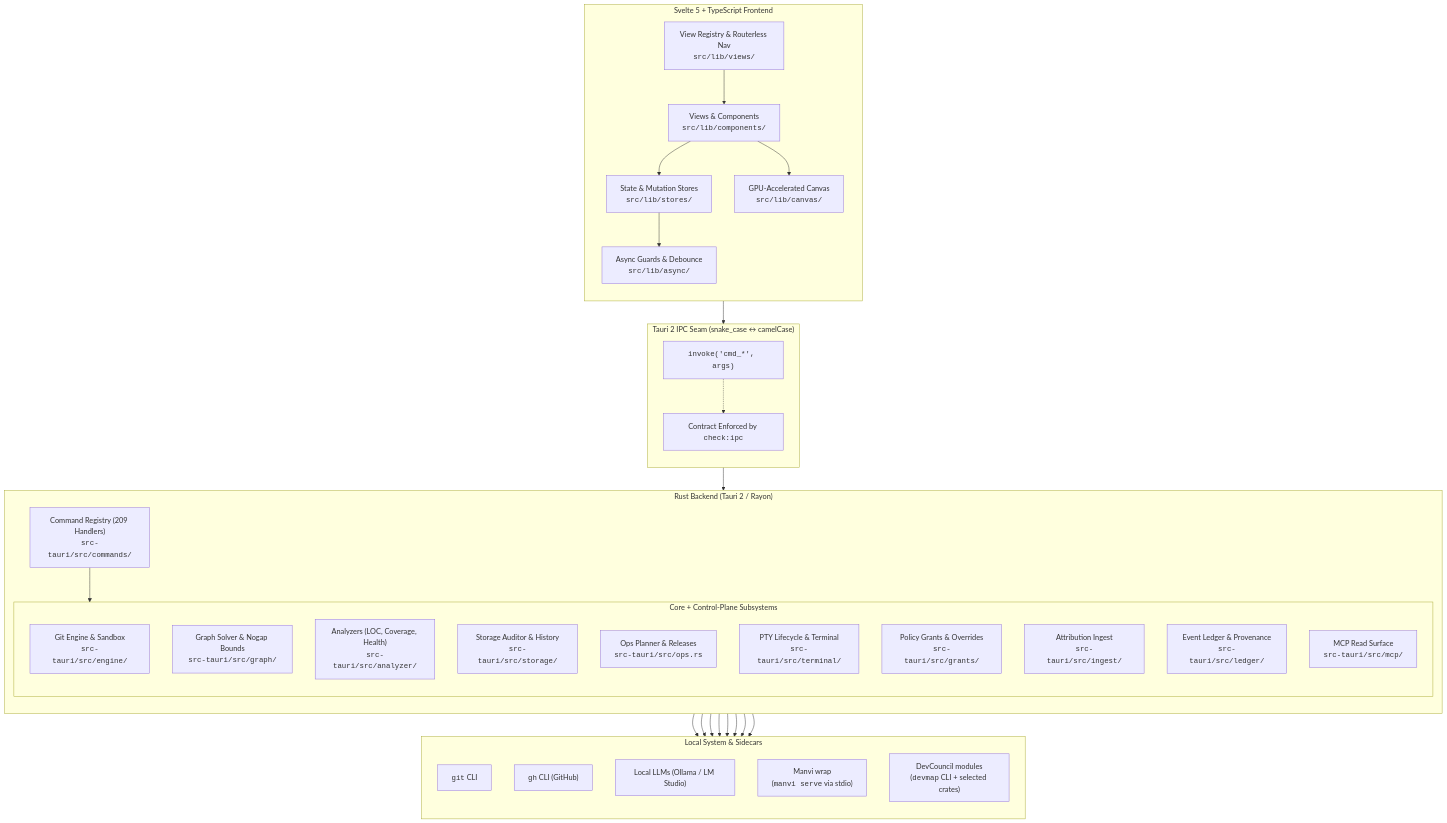
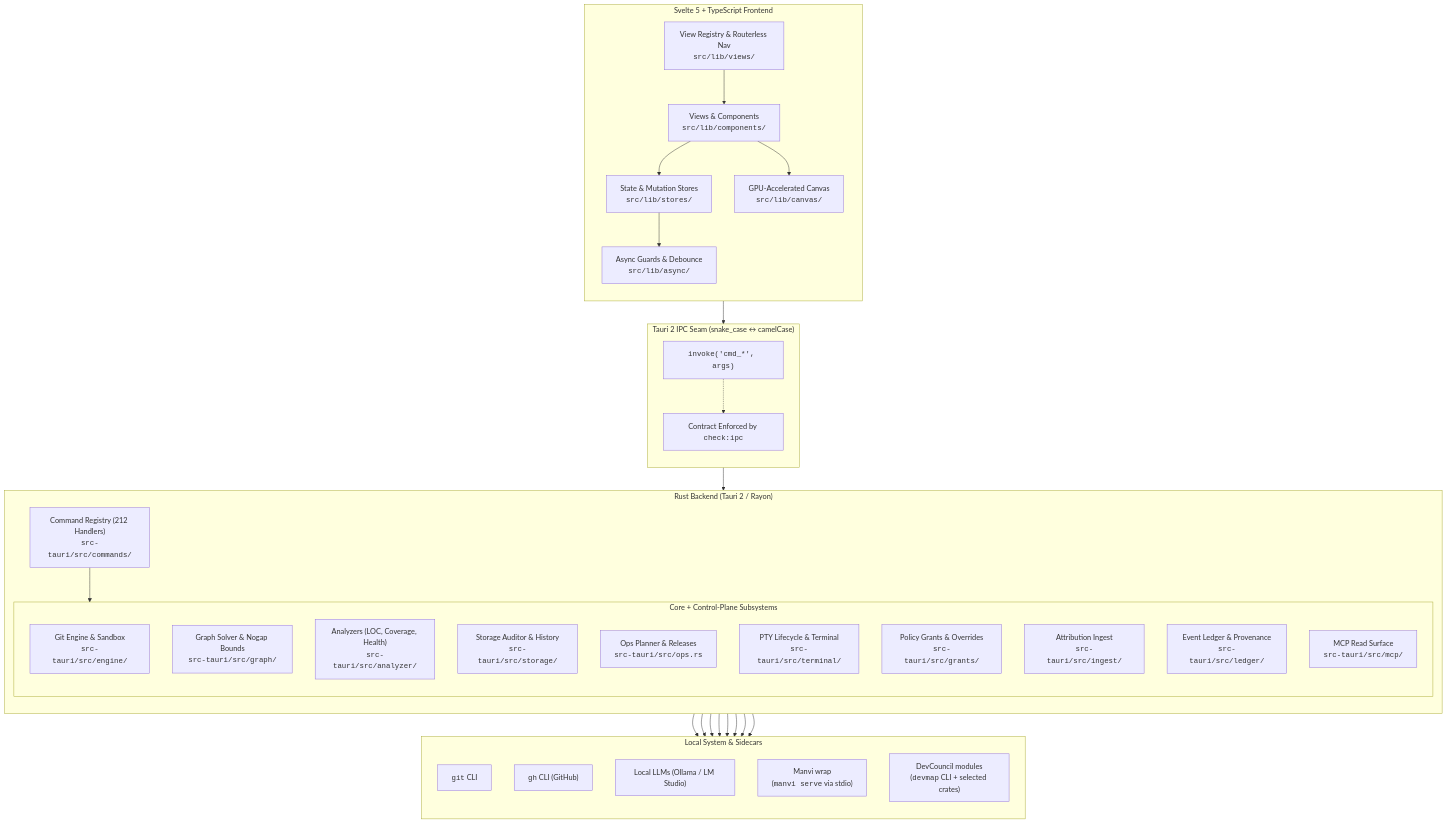
The first of 4 diagrams in docs/ARCHITECTURE.md (bharathvbcr/GitPulse), drawn with Mermaid before and after one commit. The commit also changed other lines of this file and 91 other files, not shown here.

````diff
--- a/docs/ARCHITECTURE.md
+++ b/docs/ARCHITECTURE.md
@@ -13,63 +13,63 @@
 ```mermaid
 flowchart TB
     subgraph Frontend["Svelte 5 + TypeScript Frontend"]
         direction TB
         UI["Views & Components<br/><code>src/lib/components/</code>"]
         Stores["State & Mutation Stores<br/><code>src/lib/stores/</code>"]
         Registry["View Registry & Routerless Nav<br/><code>src/lib/views/</code>"]
         Canvas["GPU-Accelerated Canvas<br/><code>src/lib/canvas/</code>"]
         Async["Async Guards & Debounce<br/><code>src/lib/async/</code>"]
         
         UI --> Stores
         UI --> Canvas
         Stores --> Async
         Registry --> UI
     end
 
     subgraph IPC["Tauri 2 IPC Seam (snake_case ↔ camelCase)"]
         direction TB
         Invoke["<code>invoke('cmd_*', args)</code>"]
         ContractCheck["Contract Enforced by <code>check:ipc</code>"]
         Invoke -.-> ContractCheck
     end
 
     subgraph Backend["Rust Backend (Tauri 2 / Rayon)"]
         direction TB
-        CmdRegistry["Command Registry (209 Handlers)<br/><code>src-tauri/src/commands/</code>"]
+        CmdRegistry["Command Registry (212 Handlers)<br/><code>src-tauri/src/commands/</code>"]
         
         subgraph Subsystems["Core + Control-Plane Subsystems"]
             GitEngine["Git Engine & Sandbox<br/><code>src-tauri/src/engine/</code>"]
             GraphSolver["Graph Solver & Nogap Bounds<br/><code>src-tauri/src/graph/</code>"]
             Analyzers["Analyzers (LOC, Coverage, Health)<br/><code>src-tauri/src/analyzer/</code>"]
             StorageAuditor["Storage Auditor & History<br/><code>src-tauri/src/storage/</code>"]
             OpsPlanner["Ops Planner & Releases<br/><code>src-tauri/src/ops.rs</code>"]
             PtyTerminal["PTY Lifecycle & Terminal<br/><code>src-tauri/src/terminal/</code>"]
             Grants["Policy Grants & Overrides<br/><code>src-tauri/src/grants/</code>"]
             Ingest["Attribution Ingest<br/><code>src-tauri/src/ingest/</code>"]
             Ledger["Event Ledger & Provenance<br/><code>src-tauri/src/ledger/</code>"]
             MCP["MCP Read Surface<br/><code>src-tauri/src/mcp/</code>"]
         end
         
         CmdRegistry --> Subsystems
     end
 
     subgraph External["Local System & Sidecars"]
         direction TB
         LocalGit["<code>git</code> CLI"]
         LocalGh["<code>gh</code> CLI (GitHub)"]
         LocalLLM["Local LLMs (Ollama / LM Studio)"]
         ManviSidecar["Manvi wrap<br/>(<code>manvi serve</code> via stdio)"]
         DevCouncilMods["DevCouncil modules<br/>(<code>devmap</code> CLI + selected crates)"]
     end
 
     Async --> Invoke
     Invoke --> CmdRegistry
     GitEngine --> LocalGit
     Analyzers --> LocalGit
     Analyzers --> LocalGh
     Analyzers --> LocalLLM
     OpsPlanner --> LocalGh
     OpsPlanner --> ManviSidecar
     Subsystems --> ManviSidecar
     Subsystems --> DevCouncilMods
 ```
````
